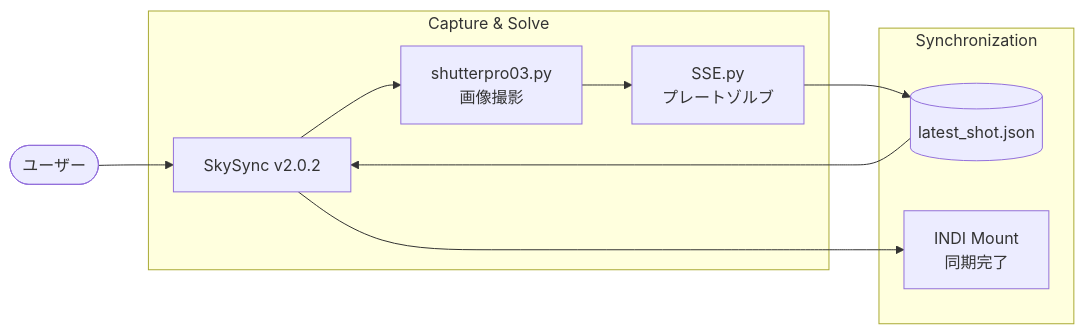
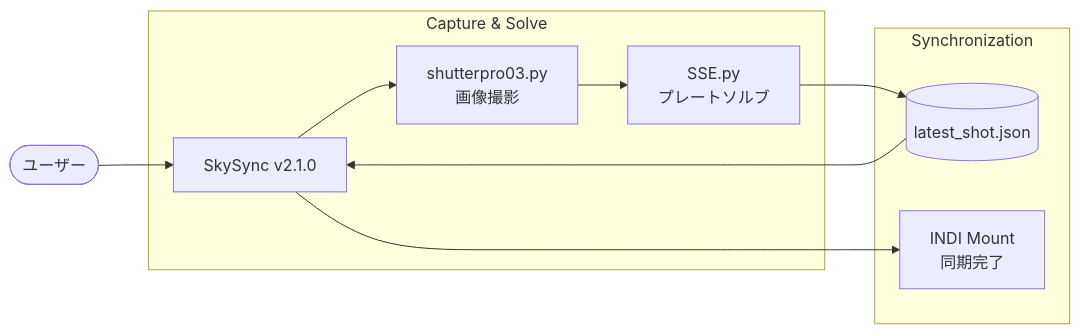
Before and after one commit to voyager3stars/OrionFieldStack: the diagram in skysync/README.md, drawn with Mermaid. The commit also changed other lines of this file and 1 other file, not shown here.

````diff
--- a/skysync/README.md
+++ b/skysync/README.md
@@ -10,15 +10,15 @@
  ```mermaid
  graph LR
-    User([ユーザー]) --> SkySync[SkySync v2.0.2]
+    User([ユーザー]) --> SkySync[SkySync v2.1.0]
     
     subgraph "Capture & Solve"
         SkySync --> ShutterPro[shutterpro03.py<br/>画像撮影]
-        ShutterPro --> SSE[SSE.py<br/>プレートゾルブ]
+        ShutterPro --> SSE[SSE.py<br/>プレートソルブ]
     end
     
     subgraph "Synchronization"
         SSE --> JSON[(latest_shot.json)]
         JSON --> SkySync
         SkySync --> INDI[INDI Mount<br/>同期完了]
     end
 ```
````
